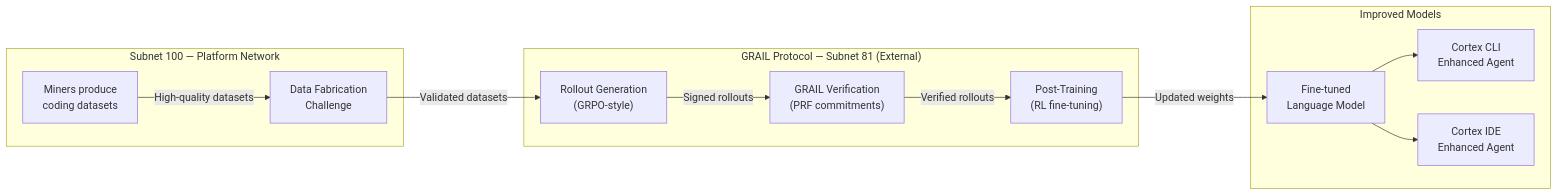
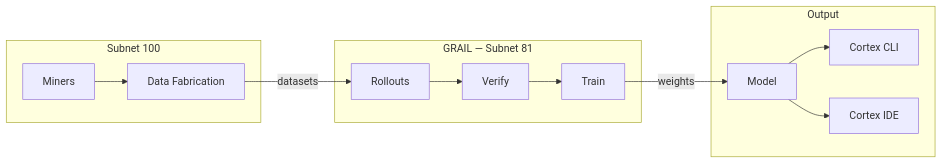
One commit to PlatformNetwork/roadmap changed diagram 11 of 13 in README.md. Above: the diagram before and after it, drawn with Mermaid. The commit also changed other lines of this file, not shown here.

Commit message:
style: simplify mermaid labels, move Data Fabrication to Q2

````diff
--- a/README.md
+++ b/README.md
@@ -380,27 +352,18 @@
 ```mermaid
 flowchart LR
-    subgraph SN100["Subnet 100 — Platform Network"]
-        DFC["Data Fabrication\nChallenge"]
-        Miners100["Miners produce\ncoding datasets"]
+    subgraph SN100["Subnet 100"]
+        Miners["Miners"] --> DFC["Data Fabrication"]
     end
 
-    subgraph GRAIL_Pipeline["GRAIL Protocol — Subnet 81 (External)"]
-        Rollout["Rollout Generation\n(GRPO-style)"]
-        Verify["GRAIL Verification\n(PRF commitments)"]
-        Train["Post-Training\n(RL fine-tuning)"]
+    subgraph SN81["GRAIL — Subnet 81"]
+        Rollout["Rollouts"] --> Verify["Verify"] --> Train["Train"]
     end
 
-    subgraph Output["Improved Models"]
-        Model["Fine-tuned\nLanguage Model"]
-        CortexCLI["Cortex CLI\nEnhanced Agent"]
-        CortexIDE["Cortex IDE\nEnhanced Agent"]
+    subgraph Output["Output"]
+        Model["Model"] --> CLI["Cortex CLI"]
+        Model --> IDE["Cortex IDE"]
     end
 
-    Miners100 -->|High-quality datasets| DFC
-    DFC -->|Validated datasets| Rollout
-    Rollout -->|Signed rollouts| Verify
-    Verify -->|Verified rollouts| Train
-    Train -->|Updated weights| Model
-    Model --> CortexCLI
-    Model --> CortexIDE
+    DFC -->|datasets| Rollout
+    Train -->|weights| Model
 ```
````
